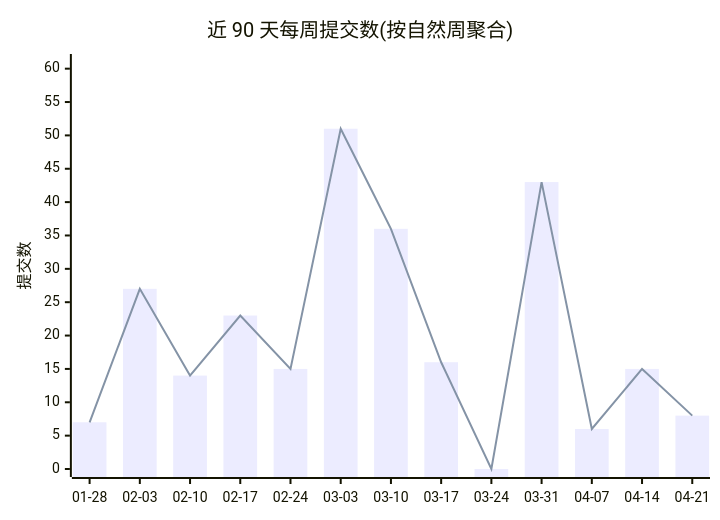
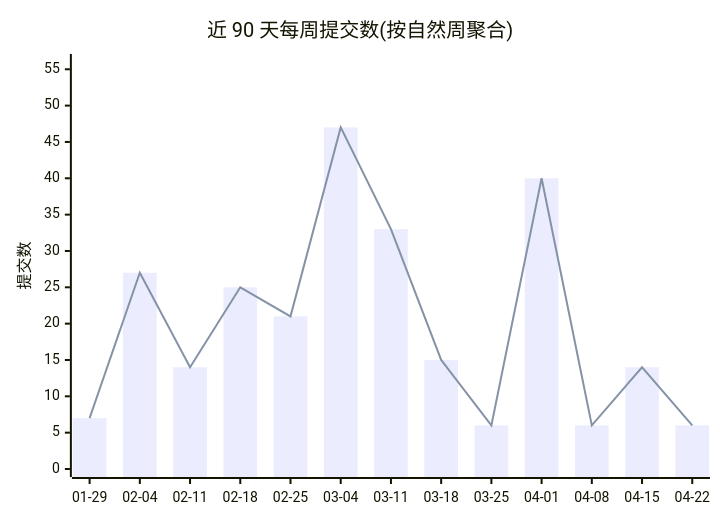
One commit to Conflux-Union/.github changed the first of 2 diagrams in profile/README.md. Above: the diagram before and after it, drawn with Mermaid. The commit also changed other lines of this file and 1 other file, not shown here.

Commit message:
chore(stats): refresh org commit stats

````diff
--- a/profile/README.md
+++ b/profile/README.md
@@ -44,8 +44,8 @@
 ```mermaid
 xychart-beta
     title "近 90 天每周提交数(按自然周聚合)"
-    x-axis ["01-28", "02-03", "02-10", "02-17", "02-24", "03-03", "03-10", "03-17", "03-24", "03-31", "04-07", "04-14", "04-21"]
-    y-axis "提交数" 0 --> 61
-    bar [7, 27, 14, 23, 15, 51, 36, 16, 0, 43, 6, 15, 8]
-    line [7, 27, 14, 23, 15, 51, 36, 16, 0, 43, 6, 15, 8]
+    x-axis ["01-29", "02-04", "02-11", "02-18", "02-25", "03-04", "03-11", "03-18", "03-25", "04-01", "04-08", "04-15", "04-22"]
+    y-axis "提交数" 0 --> 56
+    bar [7, 27, 14, 25, 21, 47, 33, 15, 6, 40, 6, 14, 6]
+    line [7, 27, 14, 25, 21, 47, 33, 15, 6, 40, 6, 14, 6]
 ```
````
